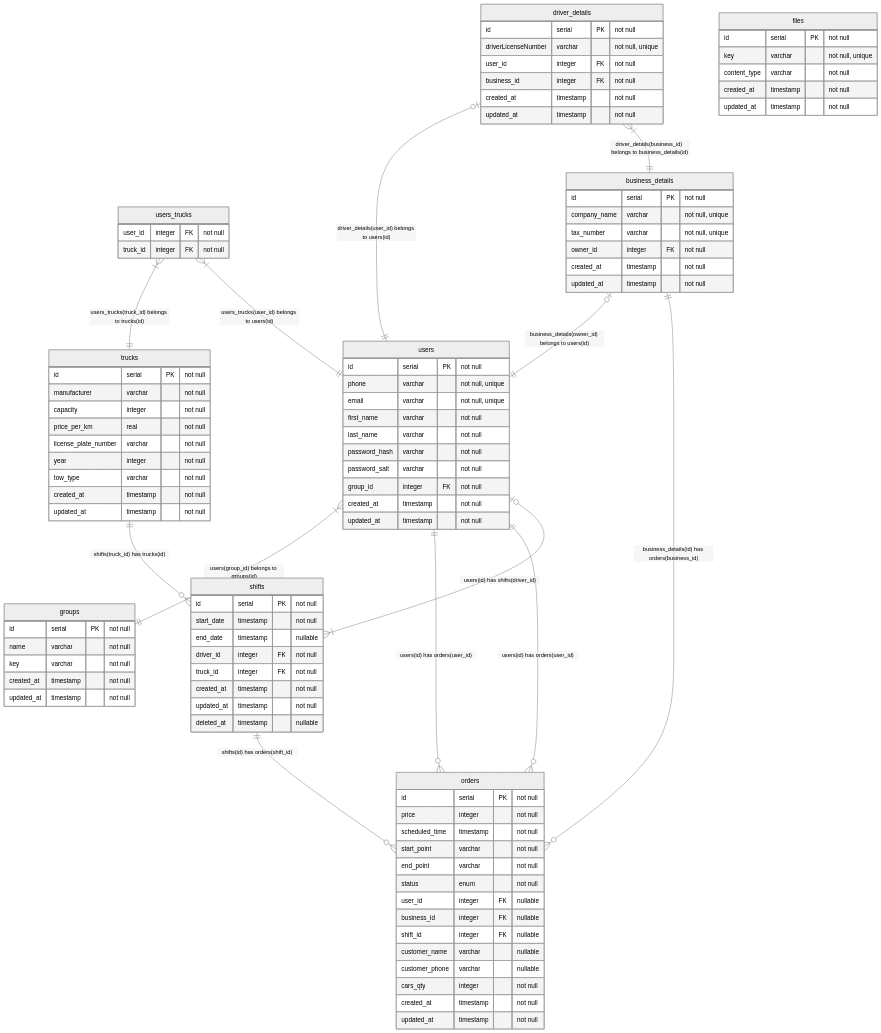
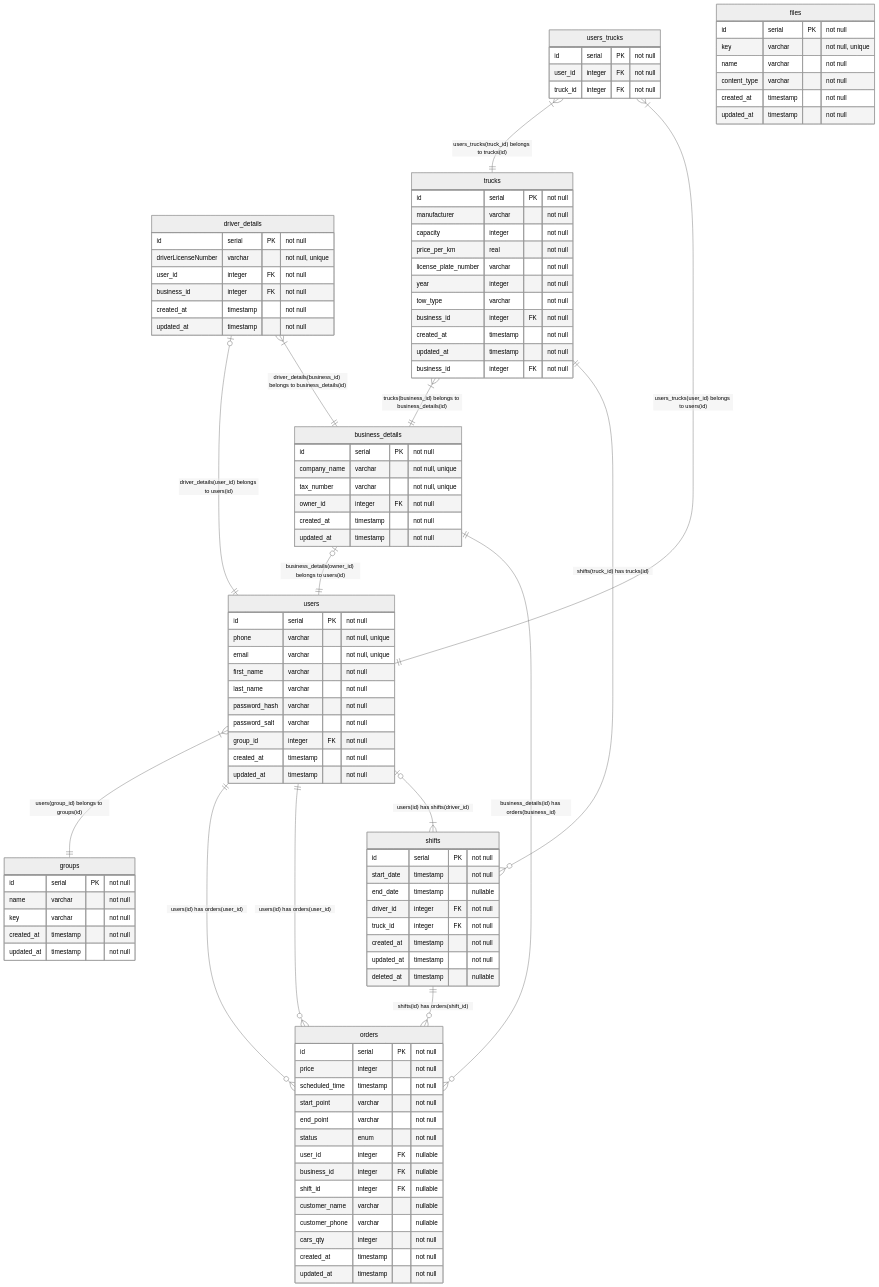
Before and after one commit to BinaryStudioAcademy/bsa-2023-towhub: the diagram in readme.md, drawn with Mermaid (neutral theme). The commit also changed 538 other files, not shown here.

```diff
--- a/readme.md
+++ b/readme.md
@@ -74,6 +74,7 @@
         updated_at timestamp "not null"
     }
     users_trucks {
+        id serial PK "not null"
         user_id integer FK "not null"
         truck_id integer FK "not null"
     }
@@ -85,8 +86,10 @@
         license_plate_number varchar "not null"
         year integer "not null"
         tow_type varchar "not null"
+        business_id integer FK "not null"
         created_at timestamp "not null"
         updated_at timestamp "not null"
+        business_id integer FK "not null"
     }
     business_details {
         id serial PK "not null"
@@ -115,6 +118,7 @@
     files {
       id serial PK "not null"
       key varchar "not null, unique"
+      name varchar "not null"
       content_type varchar "not null"
       created_at timestamp "not null"
       updated_at timestamp "not null"
@@ -134,6 +138,7 @@
     users one or many -- one groups: "users(group_id) belongs to groups(id)"
     business_details zero or one -- one users: "business_details(owner_id) belongs to users(id)"
     driver_details zero or one -- one users: "driver_details(user_id) belongs to users(id)"
+    trucks one or many -- one business_details: "trucks(business_id) belongs to business_details(id)"
     driver_details one or many -- one business_details: "driver_details(business_id) belongs to business_details(id)"
     users one -- zero or many orders: "users(id) has orders(user_id)"
     users one -- zero or many orders: "users(id) has orders(user_id)"
```
